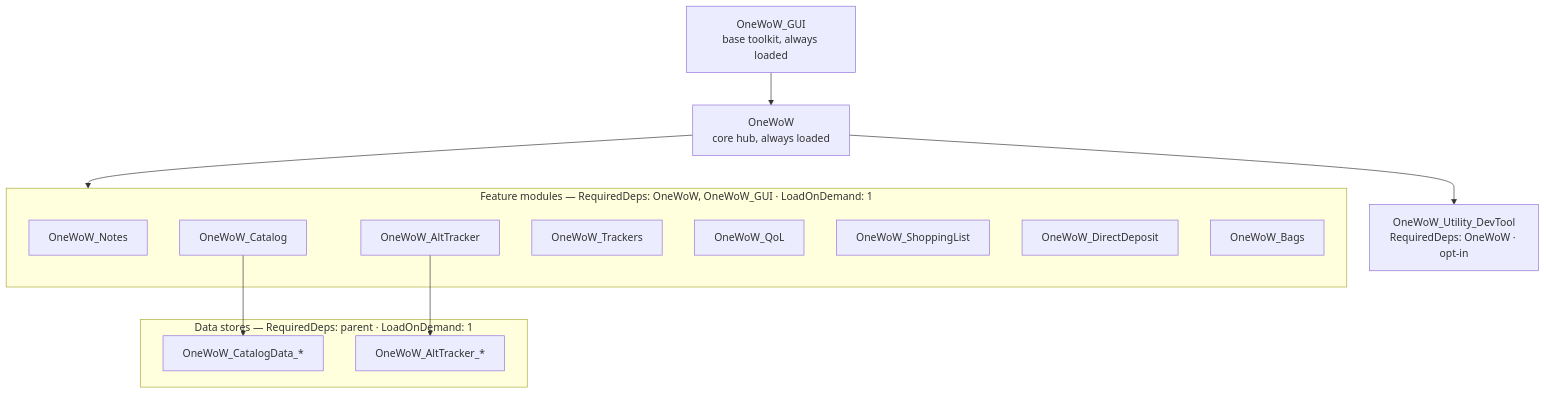
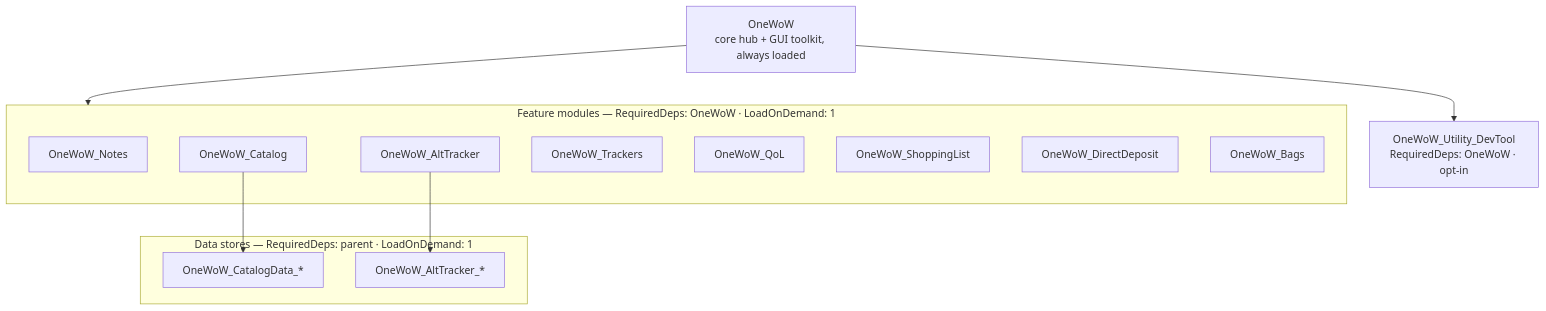
The diagram in OneWoW/Docs/ARCHITECTURE.md (MichinMigugin/OneWoW_Suite), drawn with Mermaid before and after one commit. The commit also changed other lines of this file and 352 other files, not shown here.

Commit message:
refactor(OneWoW_GUI): OneWoW_GUI absorbed into OneWoW. OneWoW_GUI left as a stub so it still loads its SVs. OneWoW migrates SV to its own table.

````diff
--- a/OneWoW/Docs/ARCHITECTURE.md
+++ b/OneWoW/Docs/ARCHITECTURE.md
@@ -31,28 +36,26 @@
 ```mermaid
 flowchart TB
-    GUI[OneWoW_GUI<br/>base toolkit, always loaded]
-    OW[OneWoW<br/>core hub, always loaded]
-    GUI --> OW
+    OW[OneWoW<br/>core hub + GUI toolkit, always loaded]
 
-    subgraph Modules [Feature modules — RequiredDeps: OneWoW, OneWoW_GUI · LoadOnDemand: 1]
+    subgraph Modules [Feature modules — RequiredDeps: OneWoW · LoadOnDemand: 1]
         Notes[OneWoW_Notes]
         AltTracker[OneWoW_AltTracker]
         Catalog[OneWoW_Catalog]
         Trackers[OneWoW_Trackers]
         QoL[OneWoW_QoL]
         ShoppingList[OneWoW_ShoppingList]
         DirectDeposit[OneWoW_DirectDeposit]
         Bags[OneWoW_Bags]
     end
     OW --> Modules
 
     subgraph Stores [Data stores — RequiredDeps: parent · LoadOnDemand: 1]
         CatalogData[OneWoW_CatalogData_*]
         AltData[OneWoW_AltTracker_*]
     end
     Catalog --> CatalogData
     AltTracker --> AltData
 
     DevTool[OneWoW_Utility_DevTool<br/>RequiredDeps: OneWoW · opt-in]
     OW --> DevTool
 ```
````
